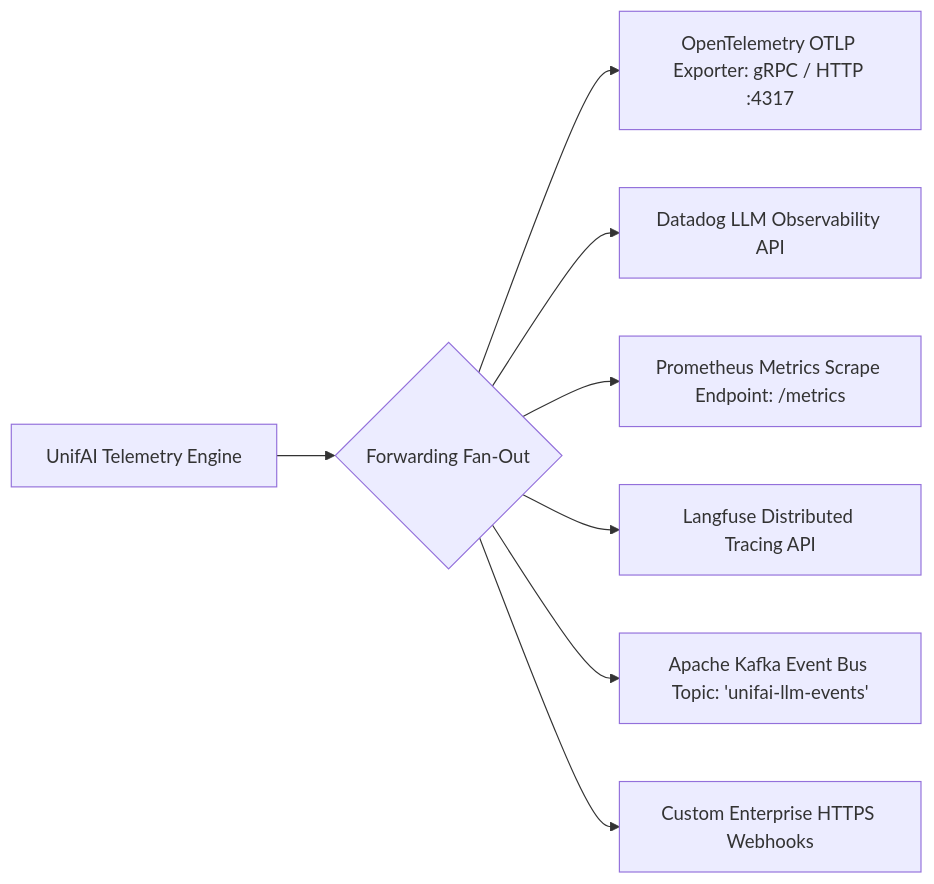
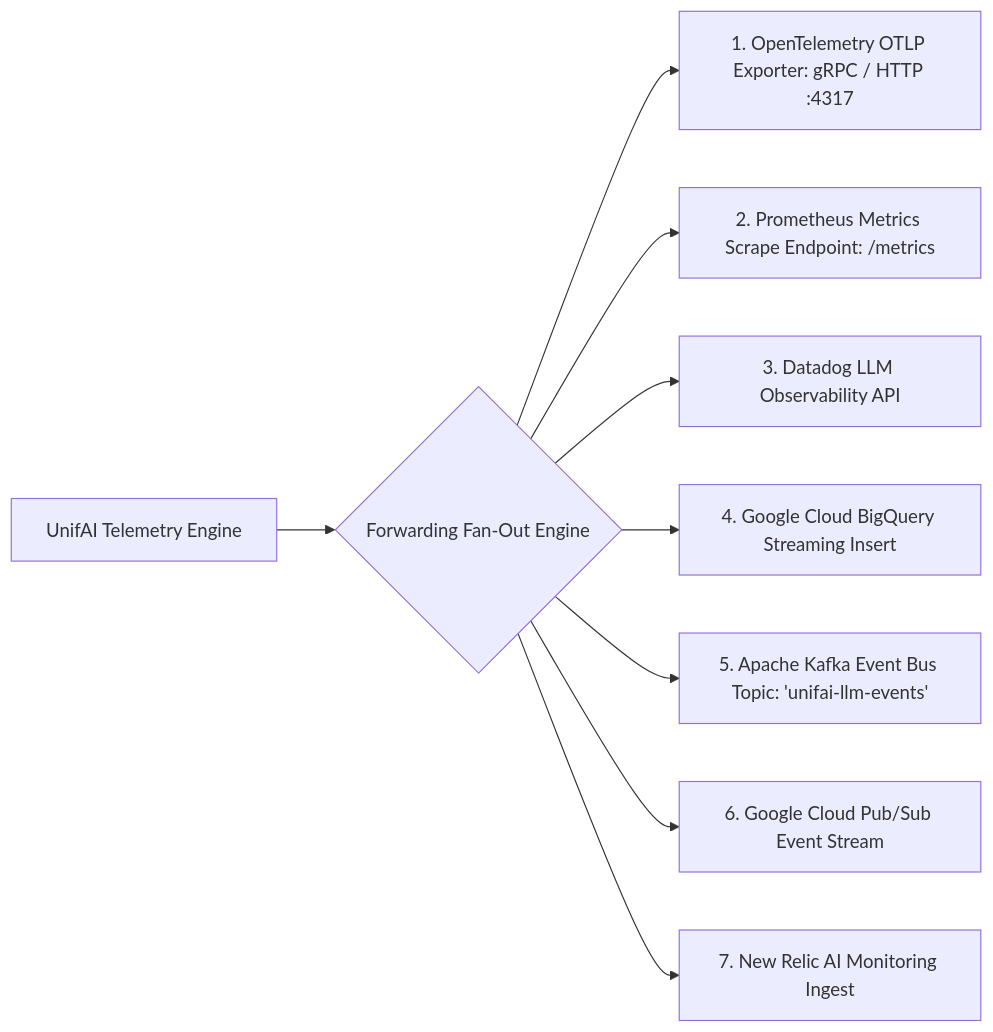
The third of 3 diagrams in md/Observability.md (THIRUPUGAL-2003/unifai_product), drawn with Mermaid before and after one commit. The commit also changed other lines of this file and 1 other file, not shown here.

Commit message:
docs: add comprehensive technical documentation for observability, dashboard, LLM logs, and MCP tool logs subsystems

````diff
--- a/md/Observability.md
+++ b/md/Observability.md
@@ -287,10 +287,11 @@
 ```mermaid
 flowchart LR
-    GatewayEngine[UnifAI Telemetry Engine] --> FanOut{Forwarding Fan-Out}
-    FanOut --> OTel[OpenTelemetry OTLP Exporter: gRPC / HTTP :4317]
-    FanOut --> Datadog[Datadog LLM Observability API]
-    FanOut --> Prometheus[Prometheus Metrics Scrape Endpoint: /metrics]
-    FanOut --> Langfuse[Langfuse Distributed Tracing API]
-    FanOut --> Kafka[Apache Kafka Event Bus Topic: 'unifai-llm-events']
-    FanOut --> Webhook[Custom Enterprise HTTPS Webhooks]
+    GatewayEngine[UnifAI Telemetry Engine] --> FanOut{Forwarding Fan-Out Engine}
+    FanOut --> OTel[1. OpenTelemetry OTLP Exporter: gRPC / HTTP :4317]
+    FanOut --> Prometheus[2. Prometheus Metrics Scrape Endpoint: /metrics]
+    FanOut --> Datadog[3. Datadog LLM Observability API]
+    FanOut --> BigQuery[4. Google Cloud BigQuery Streaming Insert]
+    FanOut --> Kafka[5. Apache Kafka Event Bus Topic: 'unifai-llm-events']
+    FanOut --> PubSub[6. Google Cloud Pub/Sub Event Stream]
+    FanOut --> NewRelic[7. New Relic AI Monitoring Ingest]
 ```
````
